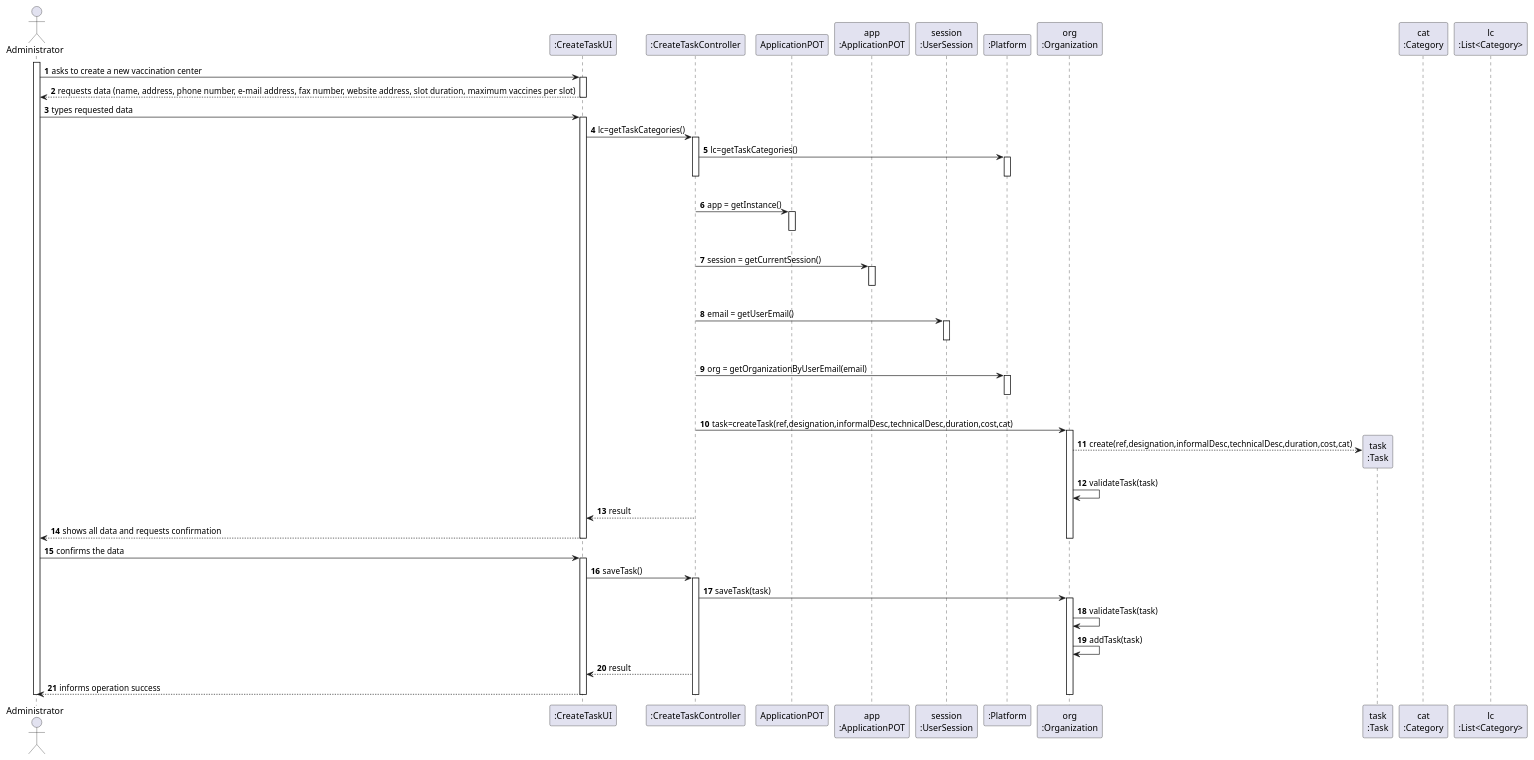
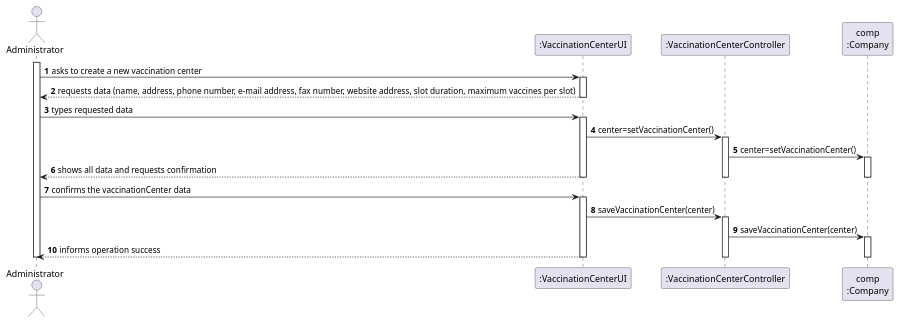
Before and after one commit to miseEnPlace-i/lapr2: the diagram in docs/SprintB/US09/SD/US09_SD.puml, drawn with PlantUML. The commit also changed 3 other files, not shown here.

```diff
--- a/docs/SprintB/US09/SD/US09_SD.puml
+++ b/docs/SprintB/US09/SD/US09_SD.puml
@@ -1,89 +1,44 @@
 @startuml US09_SD
 autonumber
-'hide footbox
 actor "Administrator" as ADM
 
-participant ":CreateTaskUI" as UI
-participant ":CreateTaskController" as CTRL
-participant "ApplicationPOT" as _APP
-participant "app\n:ApplicationPOT" as APP
-participant "session\n:UserSession" as SESSAO
-participant ":Platform" as PLAT
-participant "org\n:Organization" as ORG
-participant "task\n:Task" as TAREFA
-participant "cat\n:Category" as CAT
-participant "lc\n:List<Category>" as LIST_CAT
+participant ":VaccinationCenterUI" as UI
+participant ":VaccinationCenterController" as CTRL
+participant "comp\n:Company" as COMP
 
 activate ADM
 ADM -> UI : asks to create a new vaccination center
 activate UI
 UI --> ADM : requests data (name, address, phone number, e-mail address, fax number, website address, slot duration, maximum vaccines per slot)
 deactivate UI
 
 ADM -> UI : types requested data
 activate UI
 
-UI -> CTRL : lc=getTaskCategories()
+UI -> CTRL : center=setVaccinationCenter()
 activate CTRL
 
-CTRL -> PLAT : lc=getTaskCategories()
-activate PLAT
-|||
-deactivate PLAT
-deactivate CTRL
-
-CTRL -> _APP: app = getInstance()
-activate _APP
-|||
-deactivate _APP
-
-CTRL -> APP: session = getCurrentSession()
-activate APP
-|||
-deactivate APP
-
-CTRL -> SESSAO: email = getUserEmail()
-activate SESSAO
-|||
-deactivate SESSAO
-
-CTRL -> PLAT: org = getOrganizationByUserEmail(email)
-activate PLAT
-|||
-deactivate PLAT
-
-CTRL -> ORG: task=createTask(ref,designation,informalDesc,technicalDesc,duration,cost,cat)
-activate ORG
-
-ORG --> TAREFA**: create(ref,designation,informalDesc,technicalDesc,duration,cost,cat)
-ORG -> ORG: validateTask(task)
-
-CTRL --> UI: result
+CTRL-> COMP : center=setVaccinationCenter()
+activate COMP
 
 UI --> ADM: shows all data and requests confirmation
-deactivate ORG
-deactivate PLAT
+deactivate COMP
 deactivate CTRL
 deactivate UI
 
-ADM -> UI : confirms the data
+ADM -> UI : confirms the vaccinationCenter data
 activate UI
-UI -> CTRL : saveTask()
+UI -> CTRL : saveVaccinationCenter(center)
 activate CTRL
 
-CTRL -> ORG : saveTask(task)
-activate ORG
-
-ORG -> ORG: validateTask(task)
-ORG -> ORG: addTask(task)
-
-CTRL --> UI: result
+CTRL -> COMP : saveVaccinationCenter(center)
+activate COMP
 
 UI --> ADM : informs operation success
-deactivate ORG
+deactivate COMP
 deactivate CTRL
 deactivate UI
 
 deactivate ADM
 
 @enduml
```
